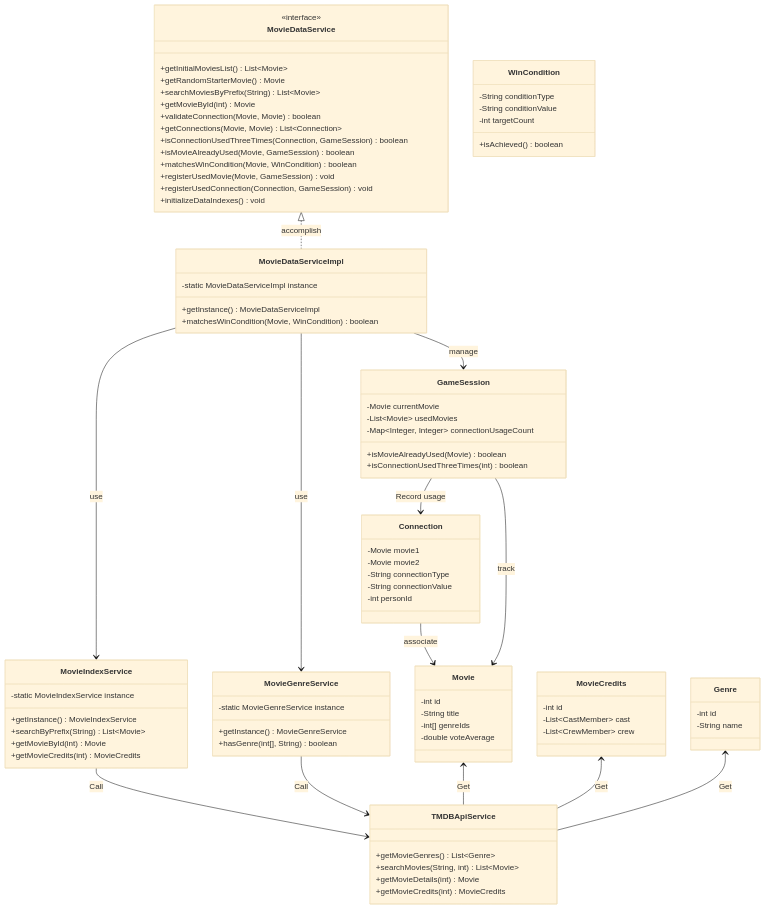
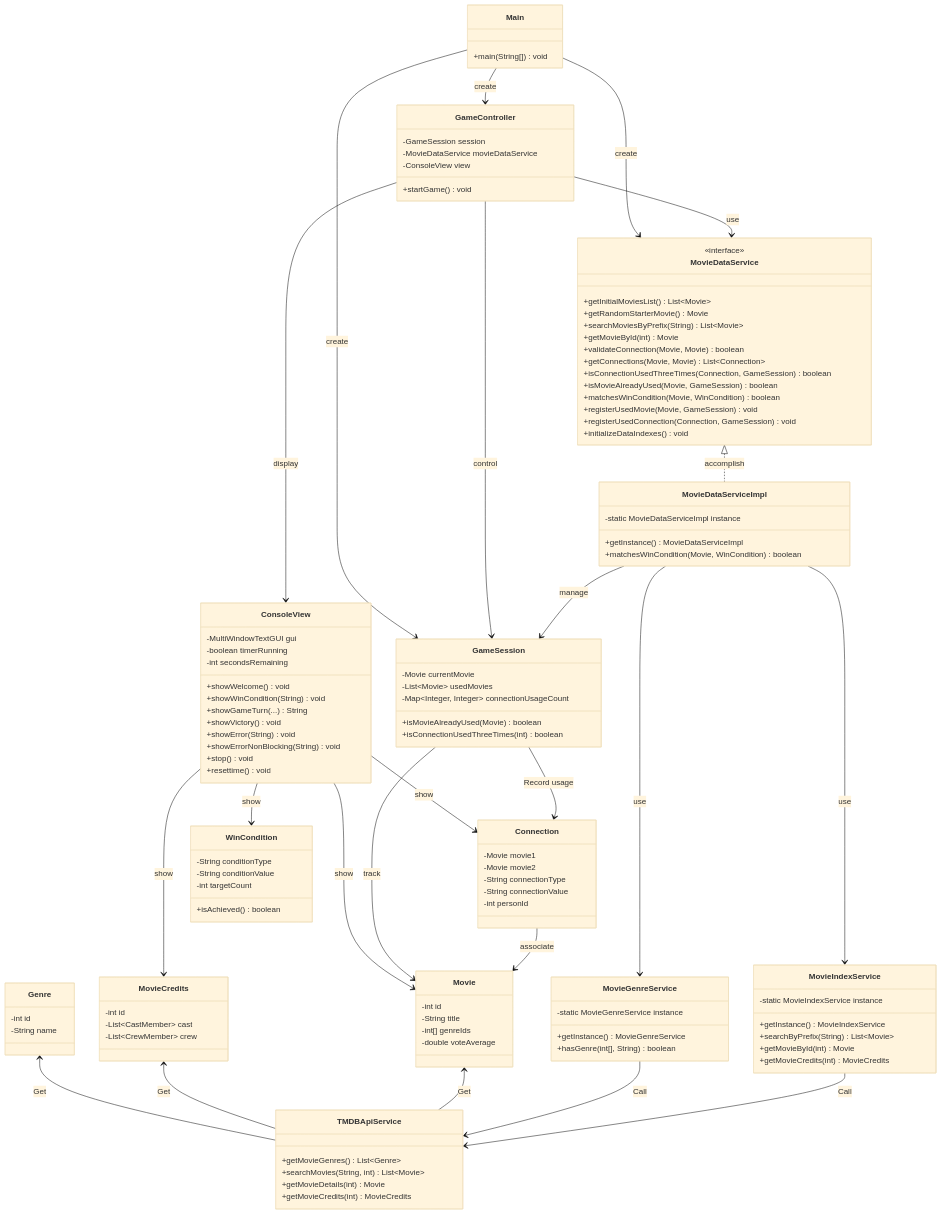
Before and after one commit to cit5940-25sp/cit-5940-final-project-group-4: the diagram in README.md, drawn with Mermaid (base theme).

````diff
--- a/README.md
+++ b/README.md
@@ -135,14 +135,14 @@
         +registerUsedConnection(Connection, GameSession) void
         +initializeDataIndexes() void
     }
-    
+
     %% Main service implementation
     class MovieDataServiceImpl {
         -static MovieDataServiceImpl instance
         +getInstance() MovieDataServiceImpl
         +matchesWinCondition(Movie, WinCondition) boolean
     }
-    
+
     class MovieIndexService {
         -static MovieIndexService instance
         +getInstance() MovieIndexService
@@ -150,13 +150,13 @@
         +getMovieById(int) Movie
         +getMovieCredits(int) MovieCredits
     }
-    
+
     class MovieGenreService {
         -static MovieGenreService instance
         +getInstance() MovieGenreService
         +hasGenre(int[], String) boolean
     }
-    
+
     %% TMDB API Service
     class TMDBApiService {
         +getMovieGenres() List~Genre~
@@ -164,7 +164,7 @@
         +getMovieDetails(int) Movie
         +getMovieCredits(int) MovieCredits
     }
-    
+
     %% Main model class
     class Movie {
         -int id
@@ -172,18 +172,18 @@
         -int[] genreIds
         -double voteAverage
     }
-    
+
     class MovieCredits {
         -int id
         -List~CastMember~ cast
         -List~CrewMember~ crew
     }
-    
+
     class Genre {
         -int id
         -String name
     }
-    
+
     %% Game core model
     class GameSession {
         -Movie currentMovie
@@ -192,7 +192,7 @@
         +isMovieAlreadyUsed(Movie) boolean
         +isConnectionUsedThreeTimes(int) boolean
     }
-    
+
     class Connection {
         -Movie movie1
         -Movie movie2
@@ -200,7 +200,7 @@
         -String connectionValue
         -int personId
     }
-    
+
     class WinCondition {
         -String conditionType
         -String conditionValue
@@ -208,21 +208,61 @@
         +isAchieved() boolean
     }
 
+    %% User interface view
+    class ConsoleView {
+        -MultiWindowTextGUI gui
+        -boolean timerRunning
+        -int secondsRemaining
+        +showWelcome() void
+        +showWinCondition(String) void
+        +showGameTurn(...) String
+        +showVictory() void
+        +showError(String) void
+        +showErrorNonBlocking(String) void
+        +stop() void
+        +resettime() void
+    }
+
+    %% Game controller
+    class GameController {
+        -GameSession session
+        -MovieDataService movieDataService
+        -ConsoleView view
+        +startGame() void
+    }
+
+    %% Main entry point
+    class Main {
+        +main(String[]) void
+    }
+
     %% Core Relationships
     MovieDataService <|.. MovieDataServiceImpl : accomplish
-    
     MovieDataServiceImpl --> MovieIndexService : use
     MovieDataServiceImpl --> MovieGenreService : use
     MovieDataServiceImpl --> GameSession : manage
-    
+
     MovieIndexService --> TMDBApiService : Call
     MovieGenreService --> TMDBApiService : Call
-    
+
     Movie <-- TMDBApiService : Get
     MovieCredits <-- TMDBApiService : Get
     Genre <-- TMDBApiService : Get
-    
+
     Connection --> Movie : associate
     GameSession --> Movie : track
     GameSession --> Connection : Record usage
+
+    %% New associations
+    GameController --> GameSession : control
+    GameController --> MovieDataService : use
+    GameController --> ConsoleView : display
+    ConsoleView --> Movie : show
+    ConsoleView --> MovieCredits : show
+    ConsoleView --> WinCondition : show
+    ConsoleView --> Connection : show
+
+    Main --> MovieDataService : create
+    Main --> GameSession : create
+    Main --> GameController : create
 ``` 
````
